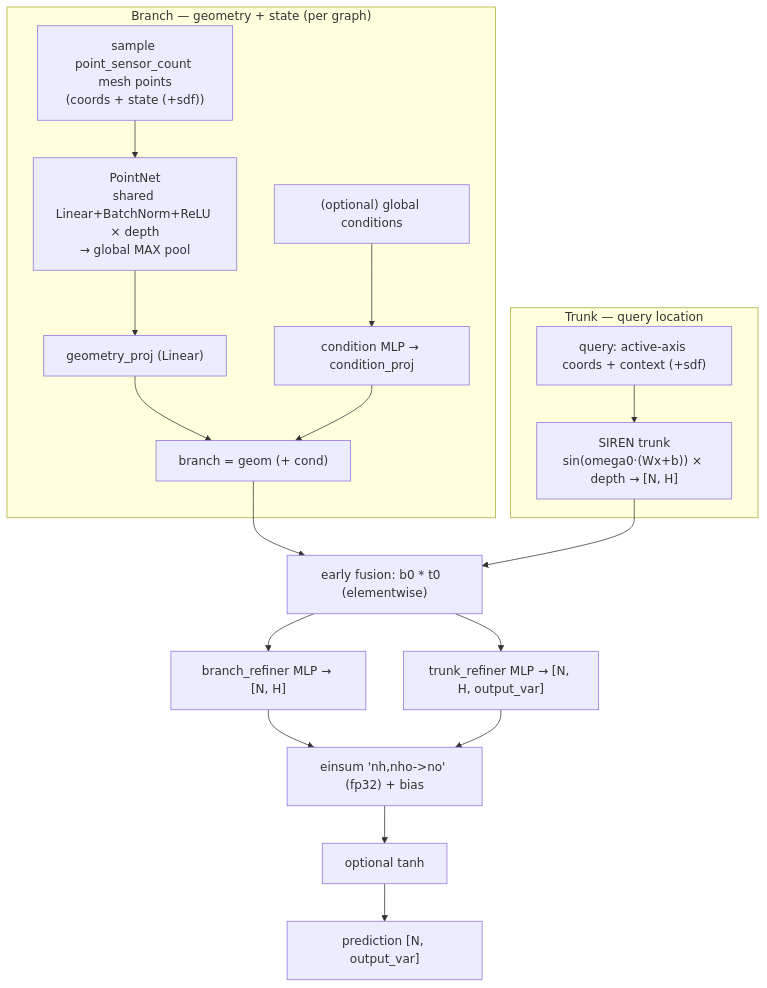
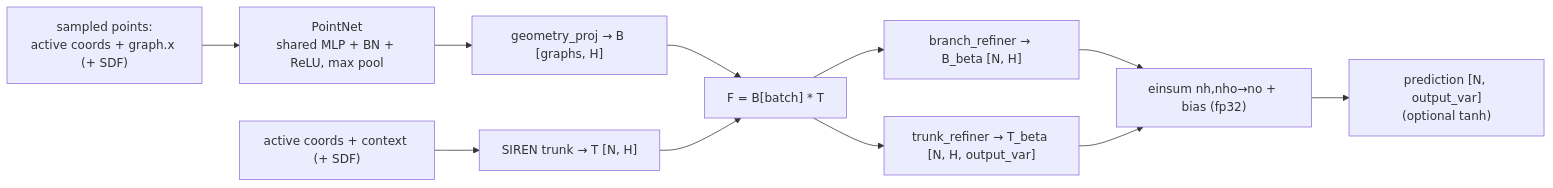
The diagram in docs/methods/06_Point-DeepONet.md (leesihun/AI-CAE4ALL), drawn with Mermaid before and after one commit. The commit also changed other lines of this file and 138 other files, not shown here.

````diff
--- a/docs/methods/06_Point-DeepONet.md
+++ b/docs/methods/06_Point-DeepONet.md
@@ -74,23 +30,13 @@
 ```mermaid
-flowchart TD
-    subgraph BRANCH["Branch — geometry + state (per graph)"]
-        S["sample point_sensor_count mesh points\n(coords + state (+sdf))"] --> PN["PointNet\nshared Linear+BatchNorm+ReLU × depth\n→ global MAX pool"]
-        PN --> GP["geometry_proj (Linear)"]
-        GC["(optional) global conditions"] --> CM["condition MLP → condition_proj"]
-        GP --> SUM["branch = geom (+ cond)"]
-        CM --> SUM
-    end
-
-    subgraph TRUNK["Trunk — query location"]
-        Q["query: active-axis coords + context (+sdf)"] --> SIREN["SIREN trunk\nsin(omega0·(Wx+b)) × depth → [N, H]"]
-    end
-
-    SUM --> FUSE["early fusion: b0 * t0  (elementwise)"]
-    SIREN --> FUSE
-    FUSE --> BR["branch_refiner MLP → [N, H]"]
-    FUSE --> TR["trunk_refiner MLP → [N, H, output_var]"]
-    BR --> EIN["einsum 'nh,nho->no' (fp32) + bias"]
-    TR --> EIN
-    EIN --> ACT["optional tanh"]
-    ACT --> OUT["prediction [N, output_var]"]
+flowchart LR
+    S["sampled points:<br/>active coords + graph.x (+ SDF)"] --> PN["PointNet<br/>shared MLP + BN + ReLU, max pool"]
+    PN --> GP["geometry_proj → B [graphs, H]"]
+    Q["active coords + context (+ SDF)"] --> SI["SIREN trunk → T [N, H]"]
+    GP --> F["F = B[batch] * T"]
+    SI --> F
+    F --> BRF["branch_refiner → B_beta [N, H]"]
+    F --> TRF["trunk_refiner → T_beta [N, H, output_var]"]
+    BRF --> E["einsum nh,nho→no + bias (fp32)"]
+    TRF --> E
+    E --> OUT["prediction [N, output_var]<br/>(optional tanh)"]
 ```
````
